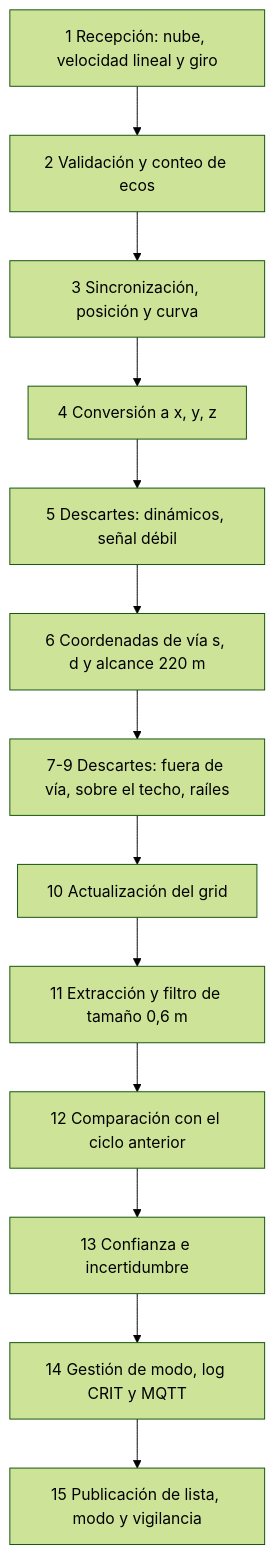
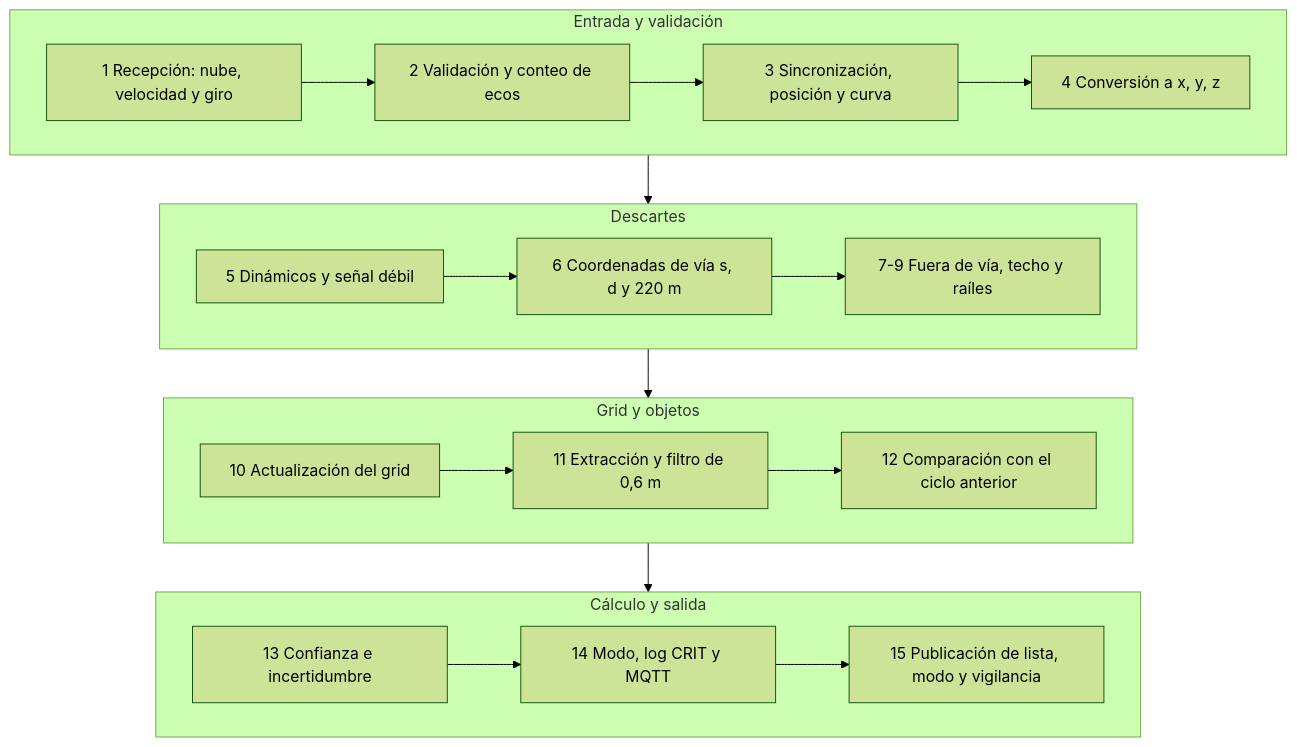
One commit to buzondealiciagarcia-cmyk/prueba-tecnica-saf changed the diagram in docs/02-diseno/diagramas/arquitectura-sw.mmd. Above: the diagram before and after it, drawn with Mermaid (forest theme). The commit also changed 4 other files, not shown here.

```diff
--- a/docs/02-diseno/diagramas/arquitectura-sw.mmd
+++ b/docs/02-diseno/diagramas/arquitectura-sw.mmd
@@ -1,13 +1,18 @@
 flowchart TB
-  A[1 Recepción: nube, velocidad lineal y giro] --> B[2 Validación y conteo de ecos]
-  B --> C[3 Sincronización, posición y curva]
-  C --> D[4 Conversión a x, y, z]
-  D --> E[5 Descartes: dinámicos, señal débil]
-  E --> F[6 Coordenadas de vía s, d y alcance 220 m]
-  F --> G[7-9 Descartes: fuera de vía, sobre el techo, raíles]
-  G --> H[10 Actualización del grid]:::hl
-  H --> I[11 Extracción y filtro de tamaño 0,6 m]
-  I --> J[12 Comparación con el ciclo anterior]
-  J --> K[13 Confianza e incertidumbre]
-  K --> L[14 Gestión de modo, log CRIT y MQTT]
-  L --> M[15 Publicación de lista, modo y vigilancia]
+  subgraph S1[Entrada y validación]
+    direction LR
+    A[1 Recepción: nube, velocidad y giro] --> B[2 Validación y conteo de ecos] --> C[3 Sincronización, posición y curva] --> D[4 Conversión a x, y, z]
+  end
+  subgraph S2[Descartes]
+    direction LR
+    E[5 Dinámicos y señal débil] --> F[6 Coordenadas de vía s, d y 220 m] --> G[7-9 Fuera de vía, techo y raíles]
+  end
+  subgraph S3[Grid y objetos]
+    direction LR
+    H[10 Actualización del grid]:::hl --> I[11 Extracción y filtro de 0,6 m] --> J[12 Comparación con el ciclo anterior]
+  end
+  subgraph S4[Cálculo y salida]
+    direction LR
+    K[13 Confianza e incertidumbre] --> L[14 Modo, log CRIT y MQTT] --> M[15 Publicación de lista, modo y vigilancia]
+  end
+  S1 --> S2 --> S3 --> S4
```
